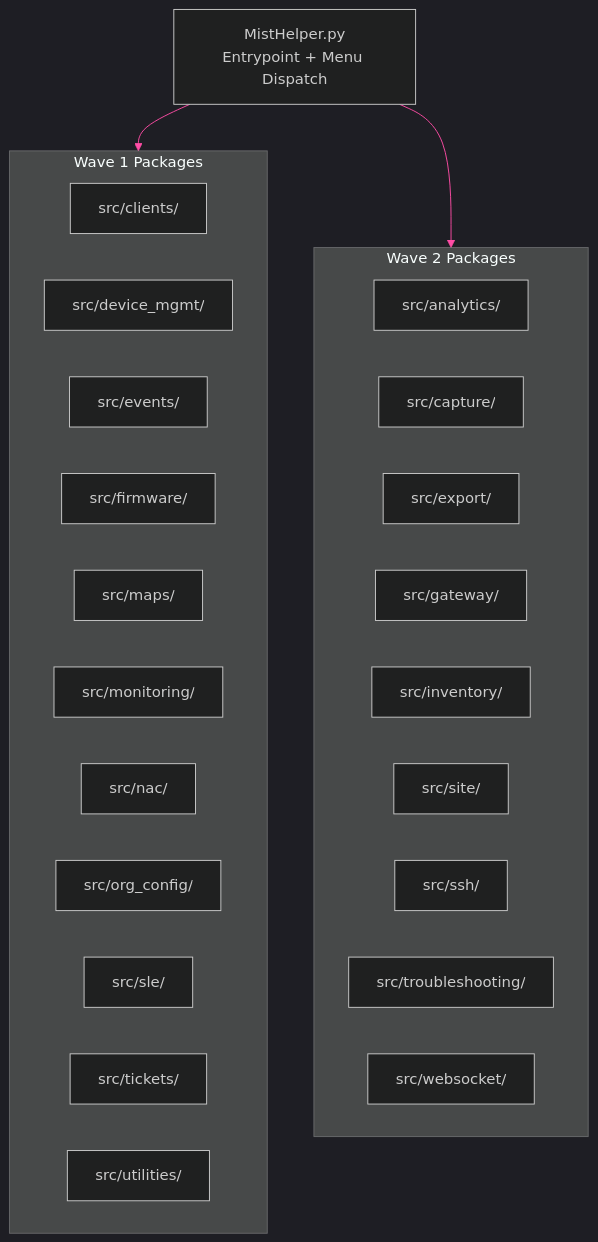
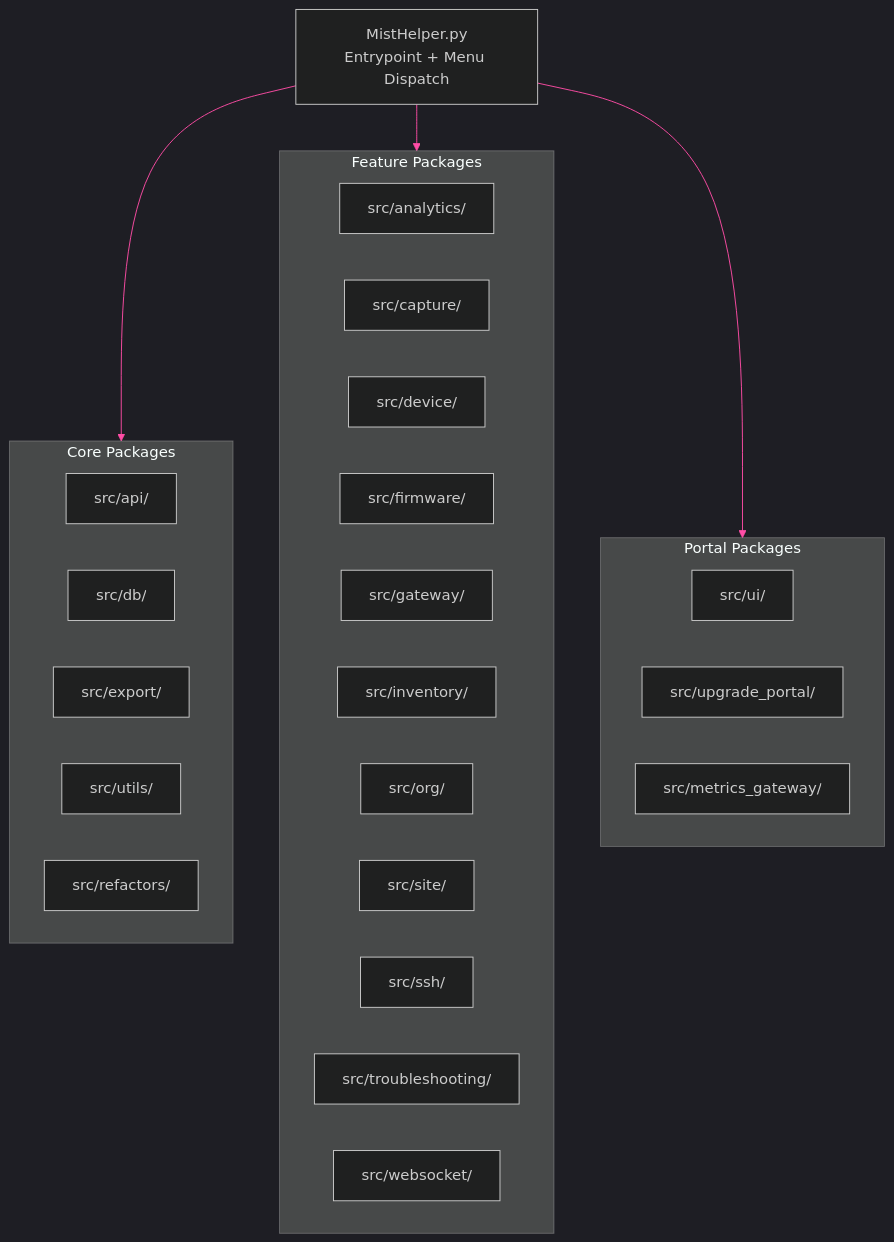
Before and after one commit to jmorrison-juniper/MistHelper: the third of 3 diagrams in documentation/diagrams/core/architecture-overview.md, drawn with Mermaid. The commit also changed other lines of this file and 110 other files, not shown here.

````diff
--- a/documentation/diagrams/core/architecture-overview.md
+++ b/documentation/diagrams/core/architecture-overview.md
@@ -103,42 +106,45 @@
 ```mermaid
 %%{init: {'theme': 'dark', 'themeVariables': {
   'primaryColor': '#E20074',
   'primaryTextColor': '#E0E0E0',
   'primaryBorderColor': '#99004D',
   'lineColor': '#FF4DA6',
   'secondaryColor': '#16213E',
   'tertiaryColor': '#1A1A2E',
   'fontFamily': 'ui-monospace, monospace'
 }}}%%
 flowchart TD
     entrypoint["MistHelper.py<br/>Entrypoint + Menu Dispatch"]
 
-    subgraph wave1["Wave 1 Packages"]
-        clients["src/clients/"]
-        device_mgmt["src/device_mgmt/"]
-        events["src/events/"]
-        firmware["src/firmware/"]
-        maps["src/maps/"]
-        monitoring["src/monitoring/"]
-        nac["src/nac/"]
-        org_config["src/org_config/"]
-        sle["src/sle/"]
-        tickets["src/tickets/"]
-        utilities["src/utilities/"]
+    subgraph core["Core Packages"]
+        api["src/api/"]
+        db_pkg["src/db/"]
+        export_pkg["src/export/"]
+        utils["src/utils/"]
+        refactors["src/refactors/"]
     end
 
-    subgraph wave2["Wave 2 Packages"]
+    subgraph features["Feature Packages"]
         analytics["src/analytics/"]
         capture["src/capture/"]
-        export_pkg["src/export/"]
+        device["src/device/"]
+        firmware["src/firmware/"]
         gateway["src/gateway/"]
         inventory["src/inventory/"]
+        org_pkg["src/org/"]
         site["src/site/"]
         ssh_pkg["src/ssh/"]
         troubleshooting["src/troubleshooting/"]
         websocket["src/websocket/"]
     end
 
-    entrypoint --> wave1
-    entrypoint --> wave2
+    subgraph portals["Portal Packages"]
+        ui["src/ui/"]
+        upgrade_portal["src/upgrade_portal/"]
+        metrics_gateway["src/metrics_gateway/"]
+    end
+
+    entrypoint --> core
+    entrypoint --> features
+    entrypoint --> portals
 ```
````
